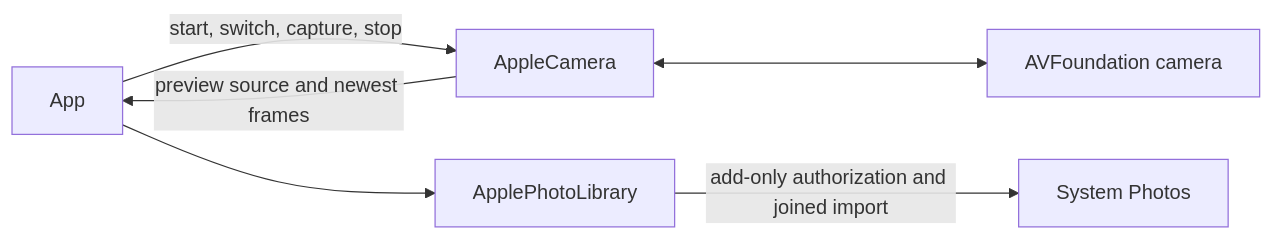
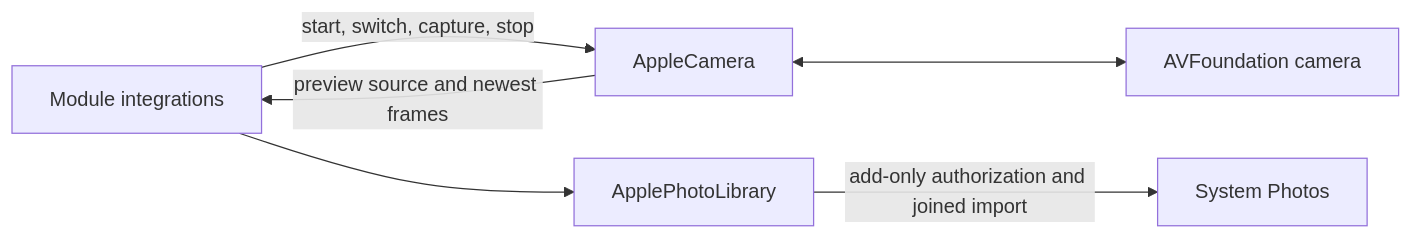
One commit to devilyouwei/MobileHarness changed the diagram in MobileHarness/PlatformKit/Vision/README.md. Above: the diagram before and after it, drawn with Mermaid. The commit also changed other lines of this file and 254 other files, not shown here.

First line of the commit message:
refactor: isolate app composition and module bindings

````diff
--- a/MobileHarness/PlatformKit/Vision/README.md
+++ b/MobileHarness/PlatformKit/Vision/README.md
@@ -15,8 +15,9 @@
 ```mermaid
 flowchart LR
- App -->|start, switch, capture, stop| Camera[AppleCamera]
+ Bindings[Module integrations]
+ Bindings -->|start, switch, capture, stop| Camera[AppleCamera]
  Camera <--> Native[AVFoundation camera]
- Camera -->|preview source and newest frames| App
- App --> Photos[ApplePhotoLibrary]
+ Camera -->|preview source and newest frames| Bindings
+ Bindings --> Photos[ApplePhotoLibrary]
  Photos -->|add-only authorization and joined import| Library[System Photos]
 ```
````
